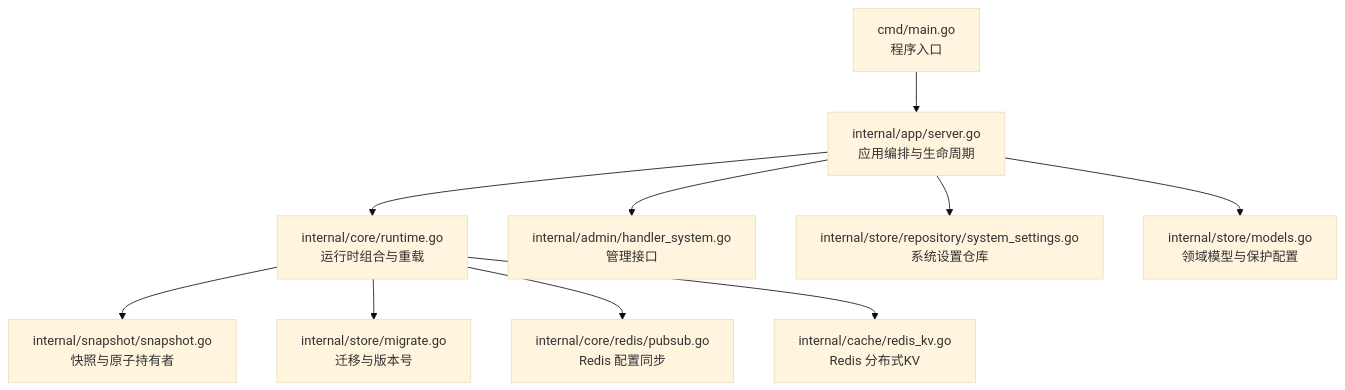
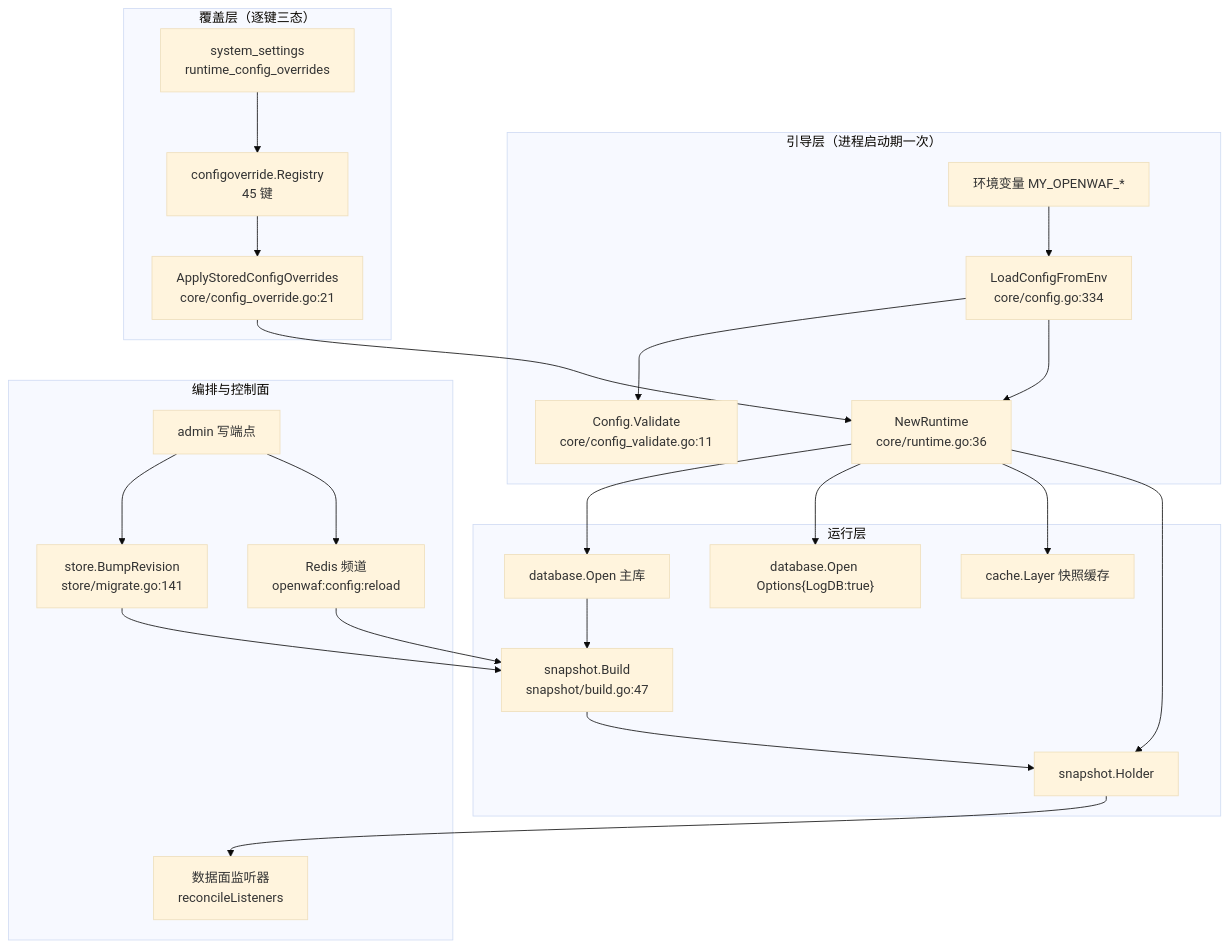
Before and after one commit to x01n/My-OpenWaf: the first of 6 diagrams in docs/配置管理系统/配置管理系统.md, drawn with Mermaid (base theme). The commit also changed other lines of this file and 622 other files, not shown here.

````diff
--- a/docs/配置管理系统/配置管理系统.md
+++ b/docs/配置管理系统/配置管理系统.md
@@ -61,12 +97,28 @@
 ```mermaid
 graph TB
-A["cmd/main.go<br/>程序入口"] --> B["internal/app/server.go<br/>应用编排与生命周期"]
-B --> C["internal/core/runtime.go<br/>运行时组合与重载"]
-C --> D["internal/snapshot/snapshot.go<br/>快照与原子持有者"]
-C --> E["internal/store/migrate.go<br/>迁移与版本号"]
-C --> F["internal/core/redis/pubsub.go<br/>Redis 配置同步"]
-C --> G["internal/cache/redis_kv.go<br/>Redis 分布式KV"]
-B --> H["internal/admin/handler_system.go<br/>管理接口"]
-B --> I["internal/store/repository/system_settings.go<br/>系统设置仓库"]
-B --> J["internal/store/models.go<br/>领域模型与保护配置"]
+subgraph "引导层（进程启动期一次）"
+ENV["环境变量 MY_OPENWAF_*"] --> LC["LoadConfigFromEnv<br/>core/config.go:334"]
+LC --> VAL["Config.Validate<br/>core/config_validate.go:11"]
+LC --> RT["NewRuntime<br/>core/runtime.go:36"]
+end
+subgraph "覆盖层（逐键三态）"
+OVR["system_settings<br/>runtime_config_overrides"] --> REG["configoverride.Registry<br/>45 键"]
+REG --> ACO["ApplyStoredConfigOverrides<br/>core/config_override.go:21"]
+ACO --> RT
+end
+subgraph "运行层"
+RT --> DB1["database.Open 主库"]
+RT --> DB2["database.Open Options{LogDB:true}"]
+RT --> CACHE["cache.Layer 快照缓存"]
+RT --> HOLD["snapshot.Holder"]
+SNAP["snapshot.Build<br/>snapshot/build.go:47"] --> HOLD
+end
+subgraph "编排与控制面"
+DB1 --> SNAP
+ADM["admin 写端点"] --> BR["store.BumpRevision<br/>store/migrate.go:141"]
+BR --> SNAP
+HOLD --> DP["数据面监听器<br/>reconcileListeners"]
+ADM --> PUB["Redis 频道<br/>openwaf:config:reload"]
+PUB --> SNAP
+end
 ```
````
